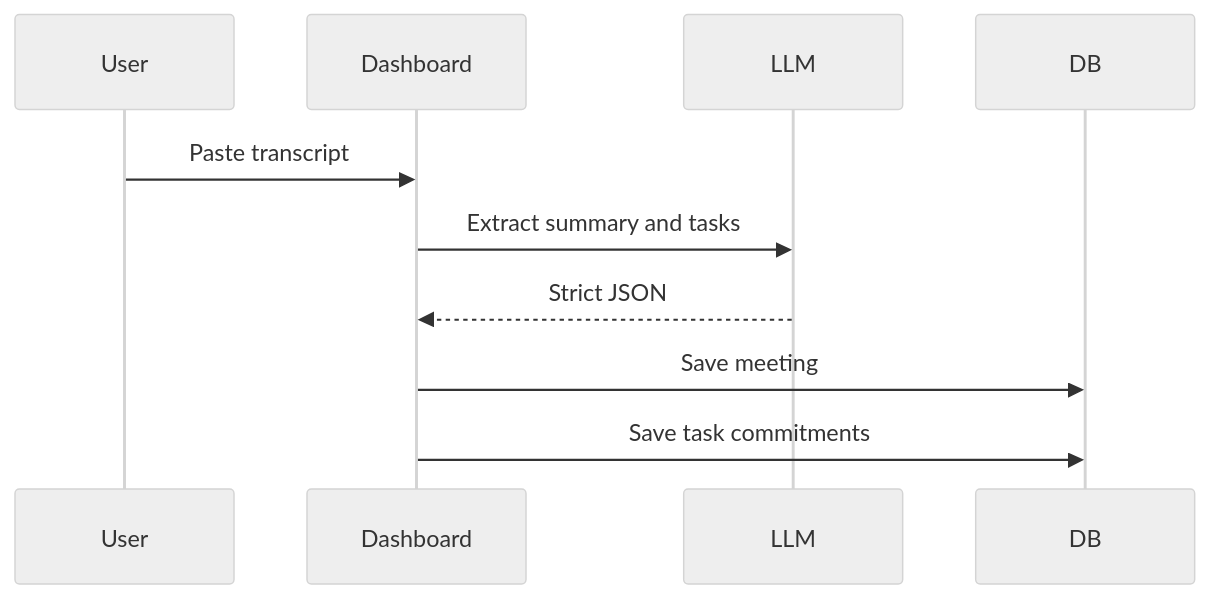
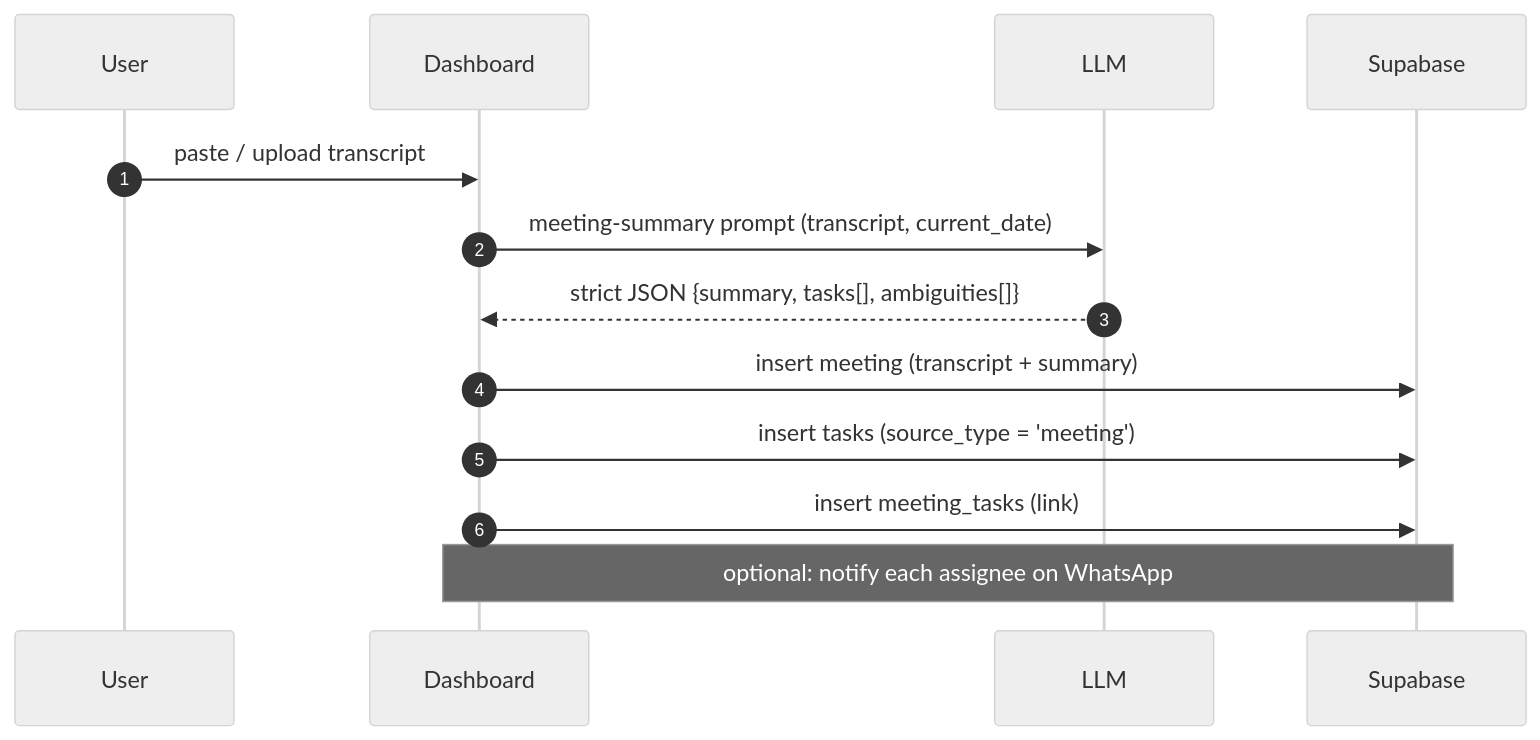
The third of 4 diagrams in docs/diagrams/flows.md (Santiagocetran/halketon-auto-mode-on), drawn with Mermaid (neutral theme) before and after one commit. The commit also changed other lines of this file and 4 other files, not shown here.

First line of the commit message:
docs: add complete architecture documentation with diagrams

````diff
--- a/docs/diagrams/flows.md
+++ b/docs/diagrams/flows.md
@@ -24,12 +61,16 @@
 ```mermaid
 sequenceDiagram
+  autonumber
   participant User
   participant Dashboard
   participant LLM
-  participant DB
-  User->>Dashboard: Paste transcript
-  Dashboard->>LLM: Extract summary and tasks
-  LLM-->>Dashboard: Strict JSON
-  Dashboard->>DB: Save meeting
-  Dashboard->>DB: Save task commitments
+  participant DB as Supabase
+
+  User->>Dashboard: paste / upload transcript
+  Dashboard->>LLM: meeting-summary prompt (transcript, current_date)
+  LLM-->>Dashboard: strict JSON {summary, tasks[], ambiguities[]}
+  Dashboard->>DB: insert meeting (transcript + summary)
+  Dashboard->>DB: insert tasks (source_type = 'meeting')
+  Dashboard->>DB: insert meeting_tasks (link)
+  Note over Dashboard,DB: optional: notify each assignee on WhatsApp
 ```
````
